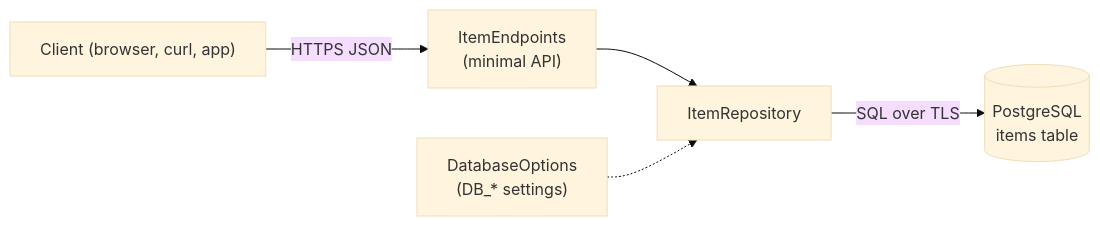
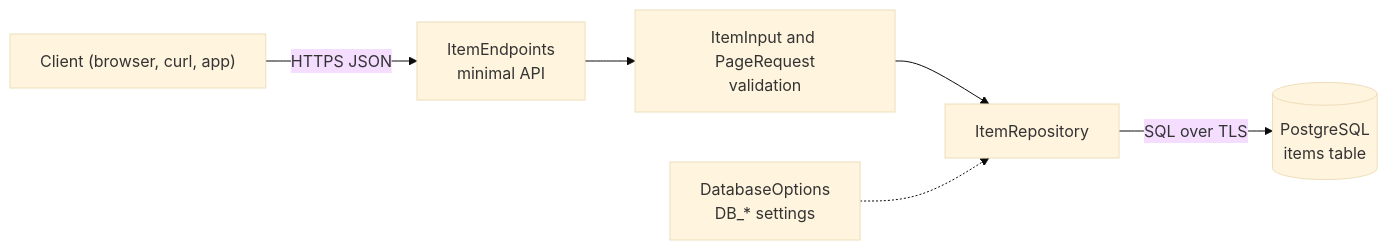
Before and after one commit to light-cloud-com/templates: the diagram in starters/crud-api-aspnet/README.md, drawn with Mermaid (base theme). The commit also changed other lines of this file and 2 other files, not shown here.

First line of the commit message:
README: ASP.NET Core PostgreSQL CRUD API starter landing page

````diff
--- a/starters/crud-api-aspnet/README.md
+++ b/starters/crud-api-aspnet/README.md
@@ -9,7 +123,8 @@
 ```mermaid
 flowchart LR
-    client["Client (browser, curl, app)"] -->|HTTPS JSON| endpoints["ItemEndpoints<br/>(minimal API)"]
-    endpoints --> repo["ItemRepository"]
+    client["Client (browser, curl, app)"] -->|HTTPS JSON| endpoints["ItemEndpoints<br/>minimal API"]
+    endpoints --> input["ItemInput and PageRequest<br/>validation"]
+    input --> repo["ItemRepository"]
     repo -->|SQL over TLS| db[("PostgreSQL<br/>items table")]
-    options["DatabaseOptions<br/>(DB_* settings)"] -.-> repo
+    options["DatabaseOptions<br/>DB_* settings"] -.-> repo
 ```
````
